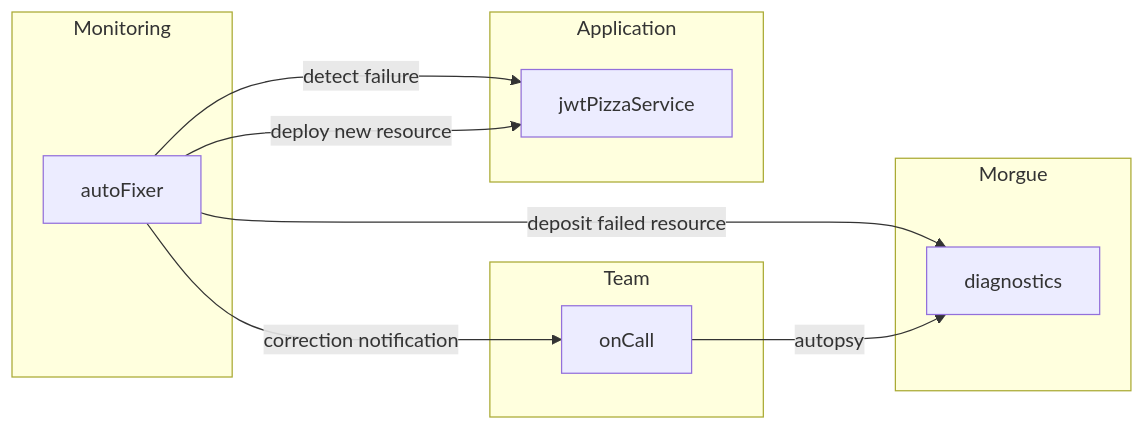
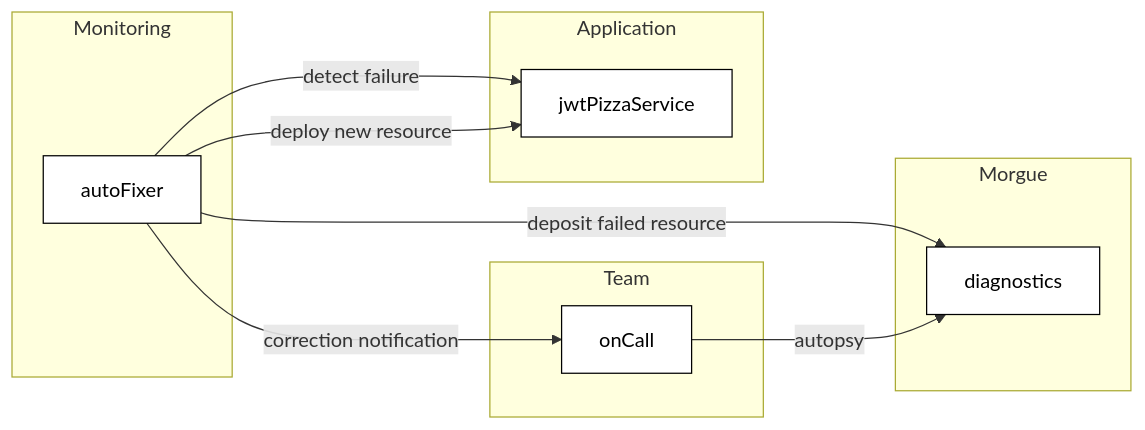
The diagram in instruction/automation/automation.md (devops329/devops), drawn with Mermaid before and after one commit.

Commit message:
Lee Jensen - update(Automation)

````diff
--- a/instruction/automation/automation.md
+++ b/instruction/automation/automation.md
@@ -151,18 +151,19 @@
 ```mermaid
 graph LR;
+    classDef default fill:#ffffff,stroke:#000000,color:#000000,stroke-width:1px;
     subgraph Monitoring
     autoFixer
     end
     subgraph Team
     autoFixer-->|correction notification|onCall
     end
     subgraph Morgue
     autoFixer-->|deposit failed resource|diagnostics
     onCall-->|autopsy|diagnostics
     end
     subgraph Application
     jwtPizzaService
     autoFixer-->|detect failure|jwtPizzaService
     autoFixer-->|deploy new resource|jwtPizzaService
     end
 ```
````
